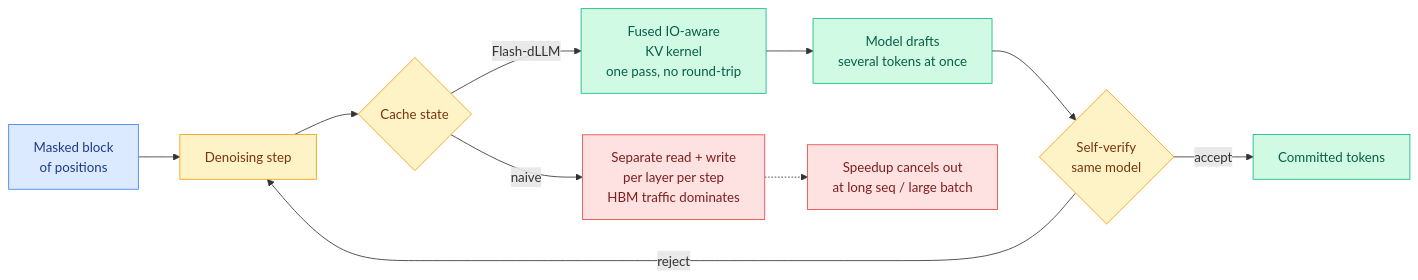
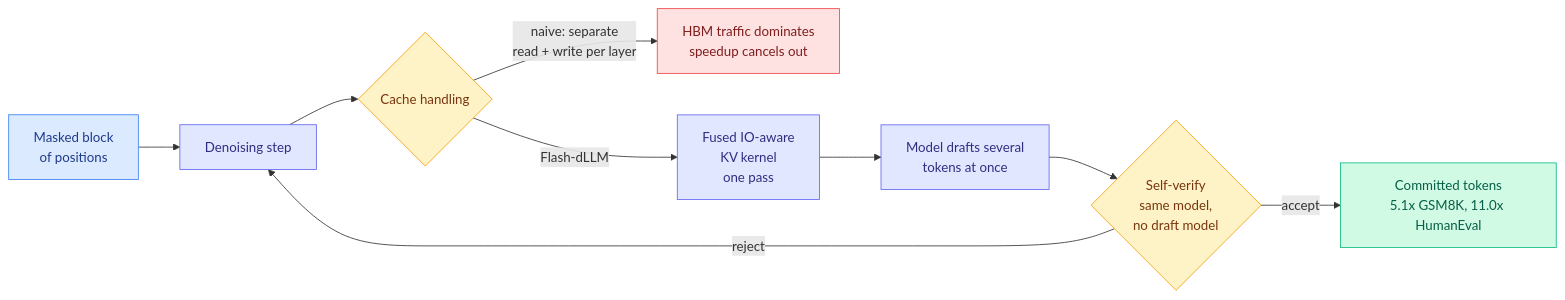
The first of 5 diagrams in wiki/daily-digest/2026-09/2026-09-23.md (bayesiansapien/cere-bro), drawn with Mermaid before and after one commit. The commit also changed other lines of this file, not shown here.

````diff
--- a/wiki/daily-digest/2026-09/2026-09-23.md
+++ b/wiki/daily-digest/2026-09/2026-09-23.md
@@ -38,20 +39,21 @@
 ```mermaid
 flowchart LR
   P[Masked block<br/>of positions] --> DEN[Denoising step]
-  DEN --> CK{Cache state}
-  CK -->|naive| SLOW[Separate read + write<br/>per layer per step<br/>HBM traffic dominates]
-  CK -->|Flash-dLLM| FUSE[Fused IO-aware<br/>KV kernel<br/>one pass, no round-trip]
-  FUSE --> DRAFT[Model drafts<br/>several tokens at once]
-  DRAFT --> VER{Self-verify<br/>same model}
-  VER -->|accept| OUT[Committed tokens]
+  DEN --> CK{Cache handling}
+  CK -->|naive: separate<br/>read + write per layer| SLOW[HBM traffic dominates<br/>speedup cancels out]
+  CK -->|Flash-dLLM| FUSE[Fused IO-aware<br/>KV kernel<br/>one pass]
+  FUSE --> DRAFT[Model drafts several<br/>tokens at once]
+  DRAFT --> VER{Self-verify<br/>same model,<br/>no draft model}
+  VER -->|accept| OUT[Committed tokens<br/>5.1x GSM8K, 11.0x HumanEval]
   VER -->|reject| DEN
-  SLOW -.-> STALL[Speedup cancels out<br/>at long seq / large batch]
   classDef input fill:#dbeafe,stroke:#3b82f6,color:#1e3a8a
   classDef decision fill:#fef3c7,stroke:#f59e0b,color:#78350f
   classDef output fill:#d1fae5,stroke:#10b981,color:#065f46
   classDef warn fill:#fee2e2,stroke:#ef4444,color:#7f1d1d
+  classDef aux fill:#e0e7ff,stroke:#6366f1,color:#312e81
   class P input
-  class CK,VER,DEN decision
-  class FUSE,DRAFT,OUT output
-  class SLOW,STALL warn
+  class CK,VER decision
+  class OUT output
+  class SLOW warn
+  class DEN,FUSE,DRAFT aux
 ```
````
